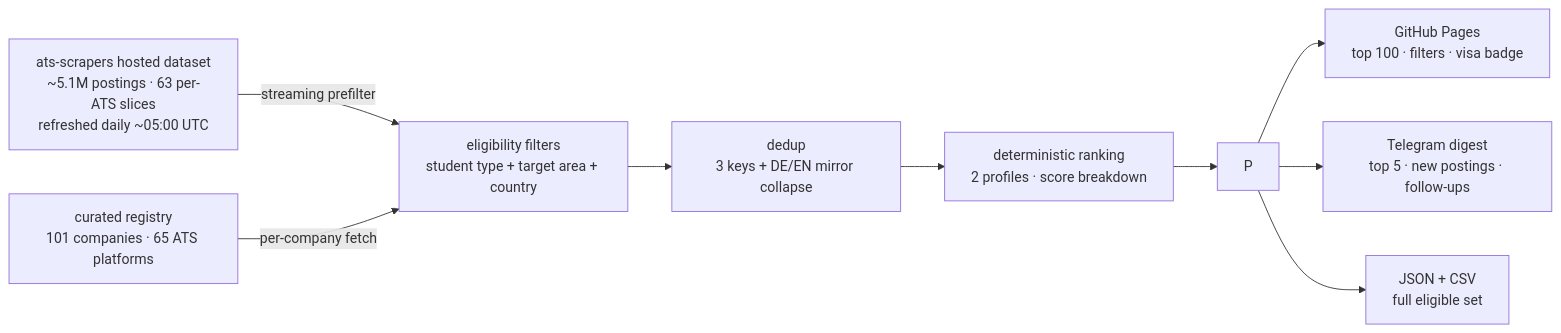
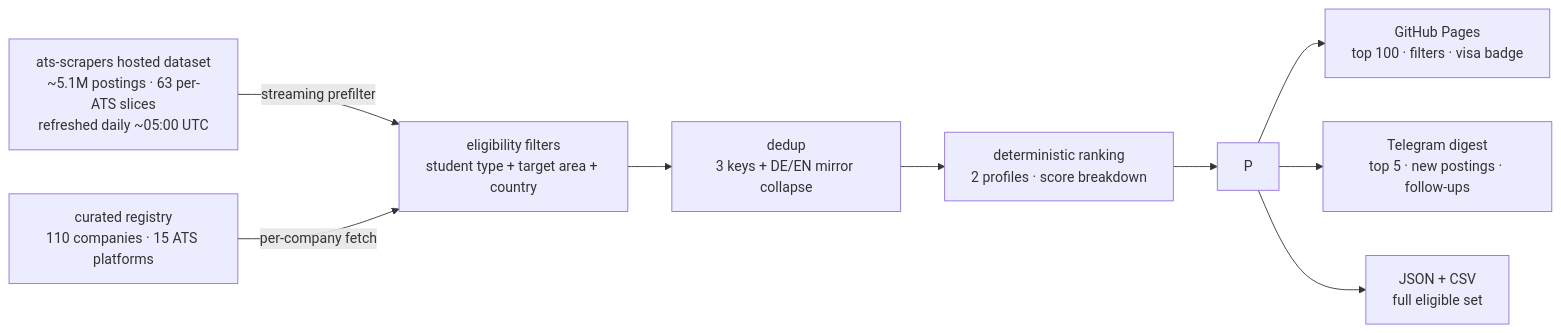
Before and after one commit to rios-vini/internship-finder: the diagram in README.md, drawn with Mermaid. The commit also changed other lines of this file and 1 other file, not shown here.

Commit message:
docs: refresh numbers to run 2026-10-10 (771 eligible, 110/15 registry, 67 suites, 175 commits) + new hero screenshot

````diff
--- a/README.md
+++ b/README.md
@@ -42,11 +42,11 @@
 ```mermaid
 flowchart LR
     DS["ats-scrapers hosted dataset<br/>~5.1M postings · 63 per-ATS slices<br/>refreshed daily ~05:00 UTC"] -->|"streaming prefilter"| F
-    RG["curated registry<br/>101 companies · 65 ATS platforms"] -->|"per-company fetch"| F
+    RG["curated registry<br/>110 companies · 15 ATS platforms"] -->|"per-company fetch"| F
     F["eligibility filters<br/>student type + target area + country"] --> D
     D["dedup<br/>3 keys + DE/EN mirror collapse"] --> R
     R["deterministic ranking<br/>2 profiles · score breakdown"] --> P
     P --> GH["GitHub Pages<br/>top 100 · filters · visa badge"]
     P --> TG["Telegram digest<br/>top 5 · new postings · follow-ups"]
     P --> JS["JSON + CSV<br/>full eligible set"]
 ```
````
